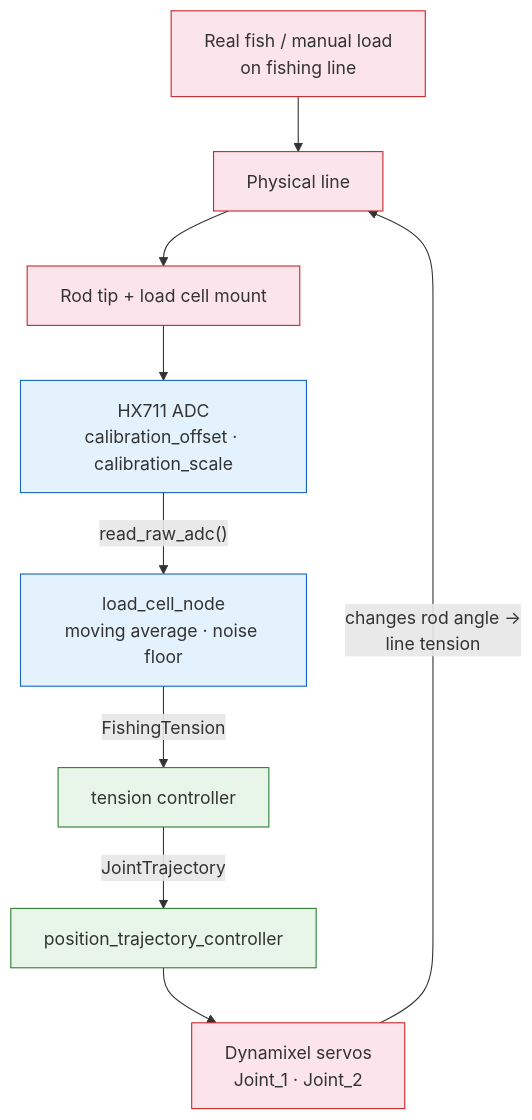
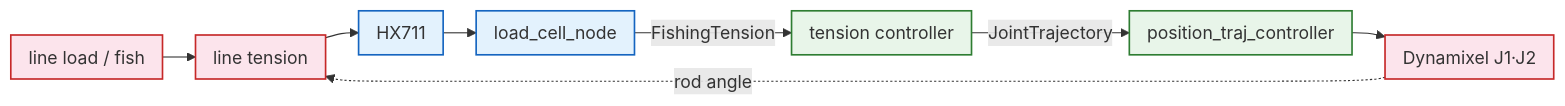
One commit to nzge/fishing-bot changed the diagram in software/docs/diagrams/hardware_data_flow.mmd. Above: the diagram before and after it, drawn with Mermaid. The commit also changed 39 other files, not shown here.

```diff
--- a/software/docs/diagrams/hardware_data_flow.mmd
+++ b/software/docs/diagrams/hardware_data_flow.mmd
@@ -1,24 +1,19 @@
-%% Hardware — physical cause-and-effect chain (below ROS layer)
+%% Hardware — physics chain (report layout: horizontal + feedback arc)
+%%{init: {'flowchart': {'nodeSpacing': 14, 'rankSpacing': 30, 'padding': 8, 'curve': 'basis'}}}%%
 
-flowchart TB
-    classDef hw fill:#fce4ec,stroke:#c62828
-    classDef sensor fill:#e3f2fd,stroke:#1565c0
-    classDef ctrl fill:#e8f5e9,stroke:#2e7d32
+flowchart LR
+    classDef hw fill:#fce4ec,stroke:#c62828,stroke-width:1.5px
+    classDef sensor fill:#e3f2fd,stroke:#1565c0,stroke-width:1.5px
+    classDef ctrl fill:#e8f5e9,stroke:#2e7d32,stroke-width:1.5px
 
-    FISH["Real fish / manual load<br/>on fishing line"]:::hw
-    LINE["Physical line"]:::hw
-    ROD["Rod tip + load cell mount"]:::hw
-    HX["HX711 ADC<br/>calibration_offset · calibration_scale"]:::sensor
-    LC["load_cell_node<br/>moving average · noise floor"]:::sensor
+    LOAD["line load / fish"]:::hw
+    HX["HX711"]:::sensor
+    LC["load_cell_node"]:::sensor
     CTRL["tension controller"]:::ctrl
-    PTC["position_trajectory_controller"]:::ctrl
-    DX["Dynamixel servos<br/>Joint_1 · Joint_2"]:::hw
+    PTC["position_traj_controller"]:::ctrl
+    DX["Dynamixel J1·J2"]:::hw
+    LINE["line tension"]:::hw
 
-    FISH --> LINE
-    LINE --> ROD
-    ROD --> HX
-    HX -->|"read_raw_adc()"| LC
-    LC -->|"FishingTension"| CTRL
-    CTRL -->|"JointTrajectory"| PTC
-    PTC --> DX
-    DX -->|"changes rod angle →<br/>line tension"| LINE
+    LOAD --> LINE --> HX --> LC -->|FishingTension| CTRL
+    CTRL -->|JointTrajectory| PTC --> DX
+    DX -.->|rod angle| LINE
```
